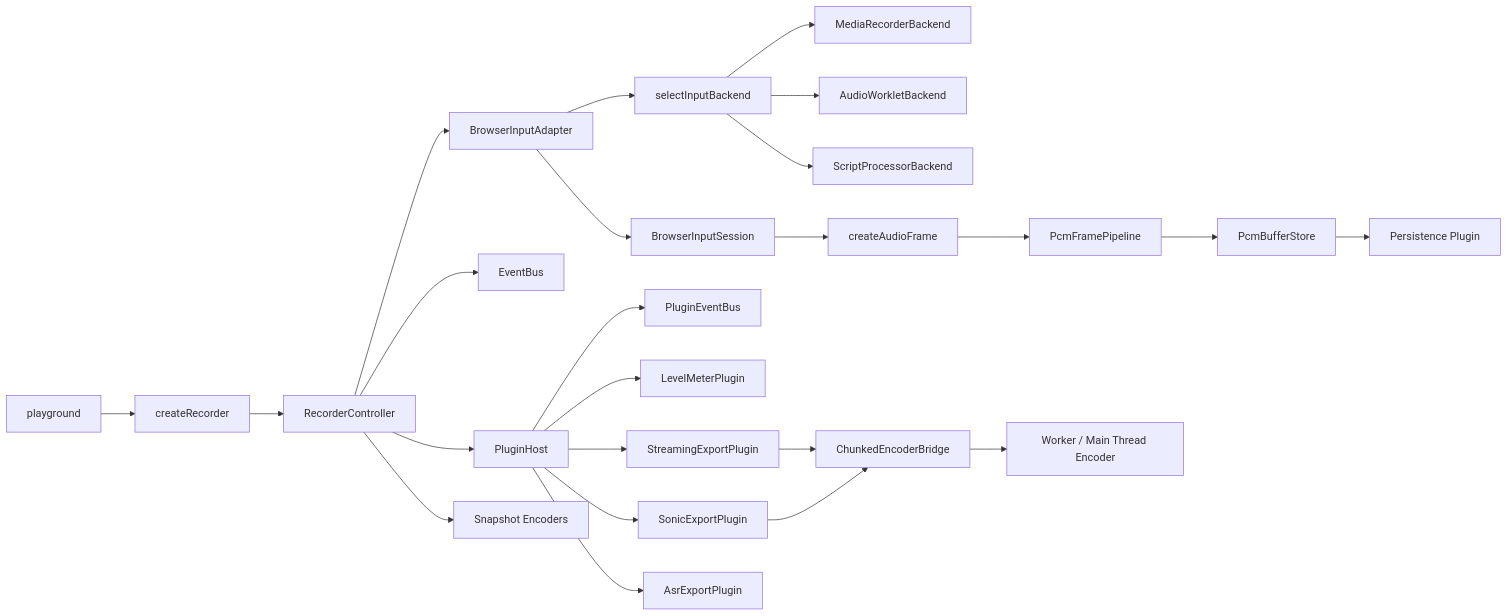
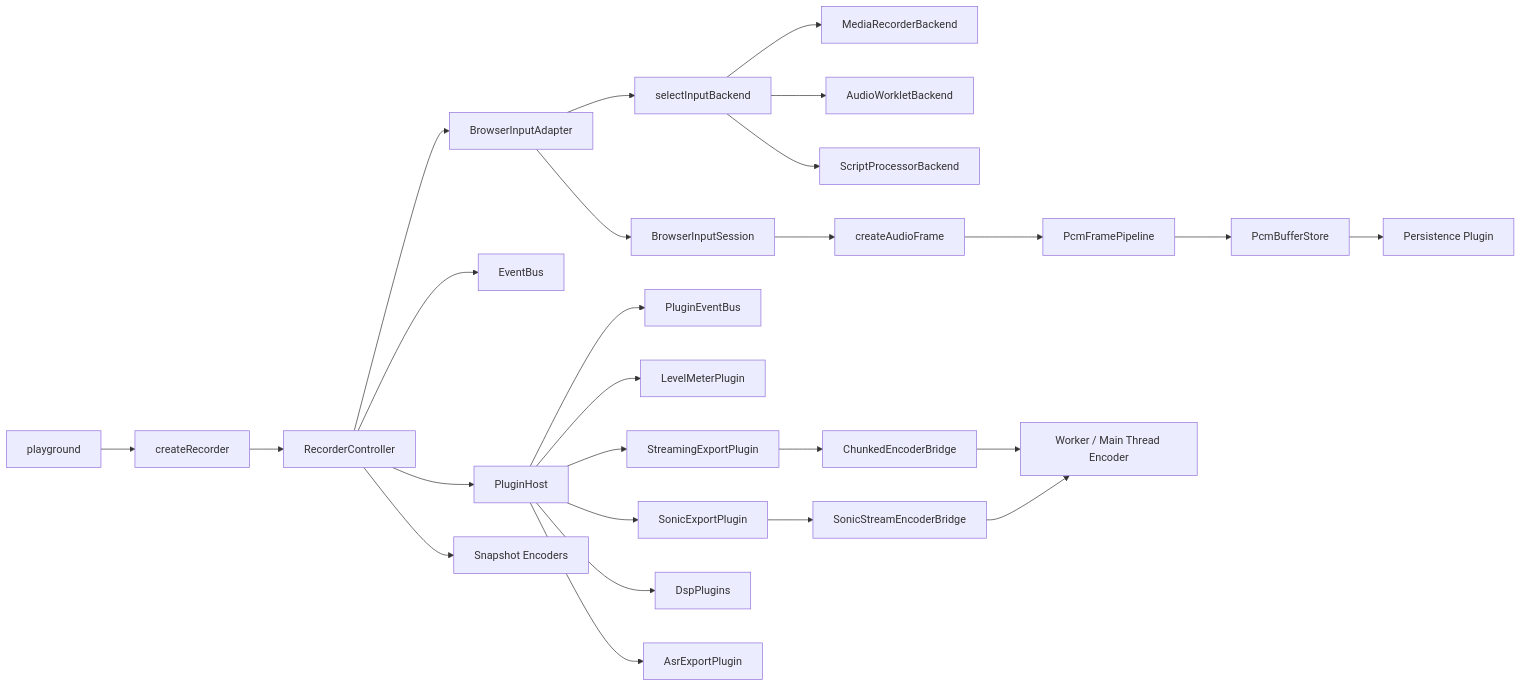
Before and after one commit to CSNight/audio-recorder: the first of 6 diagrams in docs/architecture/execution-chain.md, drawn with Mermaid. The commit also changed other lines of this file and 26 other files, not shown here.

Commit message:
feat: add new plugin dsp and new hook onBeforeFrame/onFlush

````diff
--- a/docs/architecture/execution-chain.md
+++ b/docs/architecture/execution-chain.md
@@ -24,26 +24,28 @@
 ```mermaid
 flowchart LR
   A[createRecorder] --> B[RecorderController]
   B --> C[BrowserInputAdapter]
   C --> D[BrowserInputSession]
   C --> E[selectInputBackend]
   E --> E1[MediaRecorderBackend]
   E --> E2[AudioWorkletBackend]
   E --> E3[ScriptProcessorBackend]
   D --> F[createAudioFrame]
   F --> G[PcmFramePipeline]
   G --> H[PcmBufferStore]
   B --> I[EventBus]
   B --> J[PluginHost]
   J --> K[PluginEventBus]
     J --> L1[LevelMeterPlugin]
     J --> L2[StreamingExportPlugin]
     J --> L3[SonicExportPlugin]
-    J --> L4[AsrExportPlugin]
+    J --> L4[DspPlugins]
+    J --> L5[AsrExportPlugin]
     L2 --> M[ChunkedEncoderBridge]
-    L3 --> M
-    M --> N[Worker / Main Thread Encoder]
-    B --> O[Snapshot Encoders]
-    H --> P[Persistence Plugin]
-    Q[playground] --> A
+    L3 --> N[SonicStreamEncoderBridge]
+    M --> O[Worker / Main Thread Encoder]
+    N --> O
+    B --> P[Snapshot Encoders]
+    H --> Q[Persistence Plugin]
+    R[playground] --> A
 ```
````
